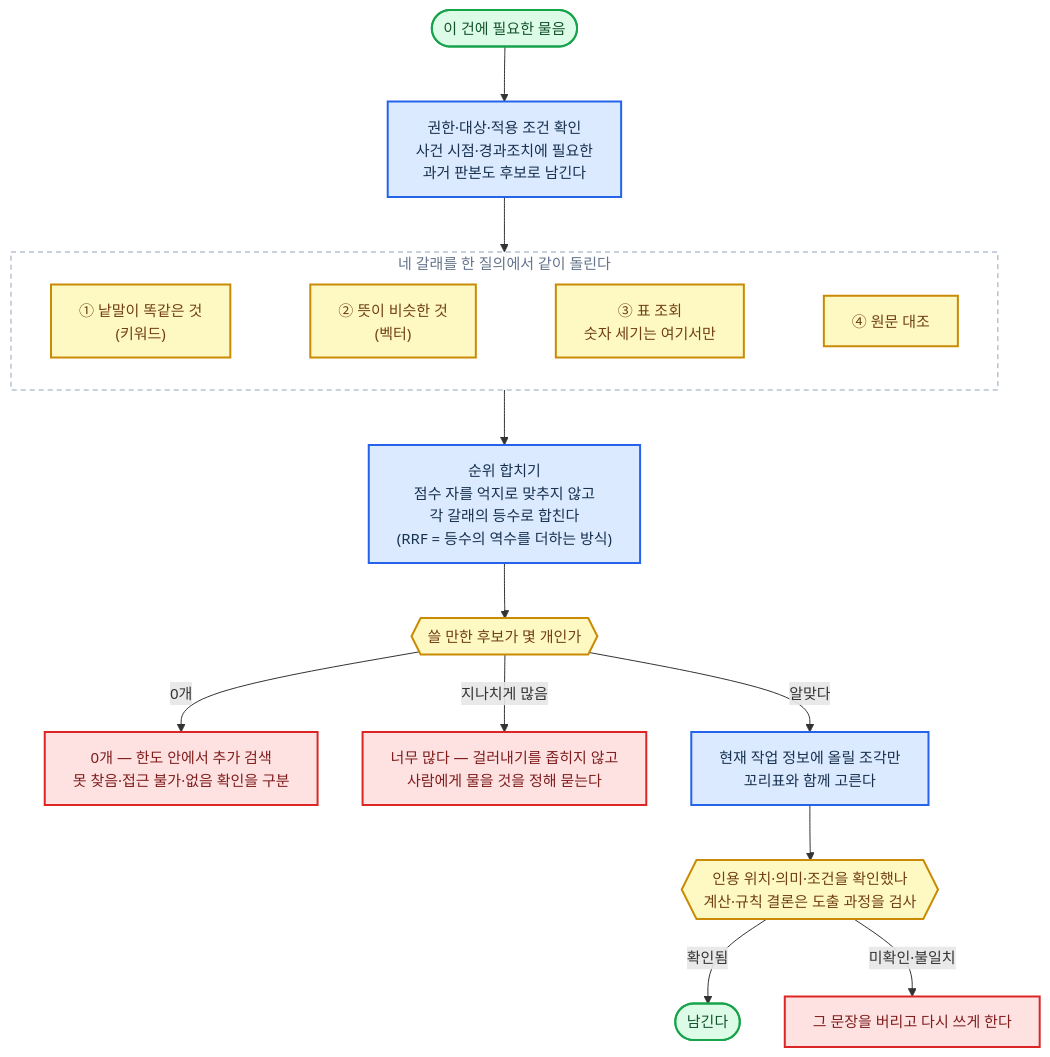
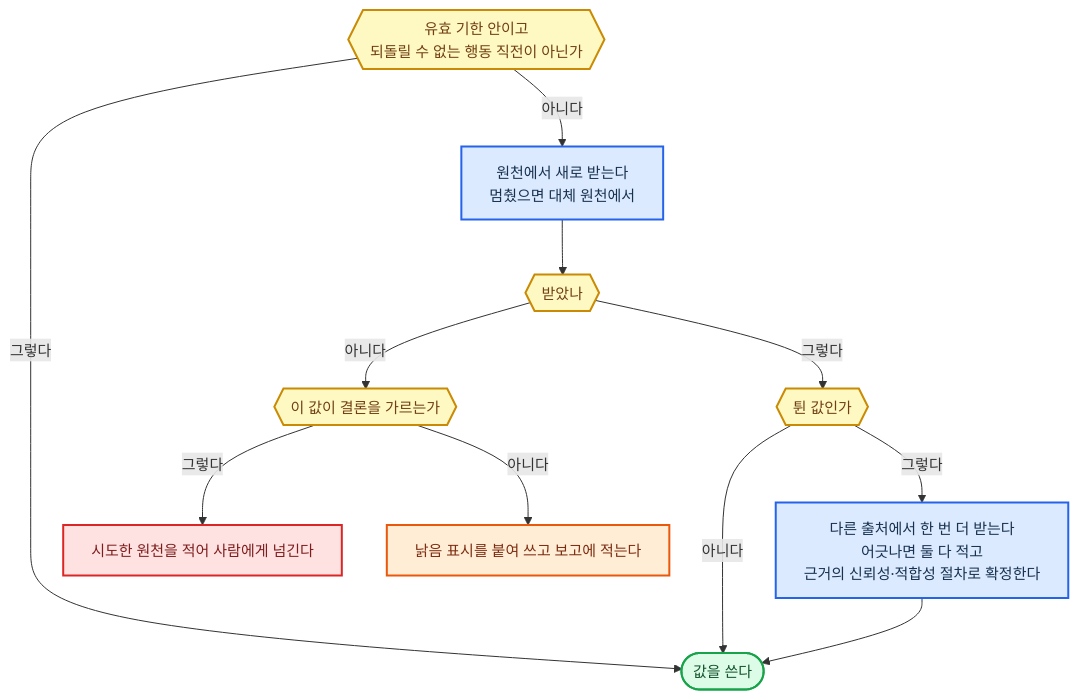
The seventh of 27 diagrams in 전문가 에이전트 정의 2.md (harisbaguette/expert), drawn with Mermaid before and after one commit. The commit also changed other lines of this file and 4 other files, not shown here.

````diff
--- a/전문가 에이전트 정의 2.md
+++ b/전문가 에이전트 정의 2.md
@@ -946,33 +1135,17 @@
 ```mermaid
 %%{init: {"flowchart": {"wrappingWidth": 640, "curve": "basis", "nodeSpacing": 45, "rankSpacing": 55, "padding": 14, "useMaxWidth": true}, "themeVariables": {"fontSize": "15px"}} }%%
 flowchart TB
-    Q(["이 건에 필요한 물음"]):::good
-    FILT["권한·대상·적용 조건 확인<br/>사건 시점·경과조치에 필요한<br/>과거 판본도 후보로 남긴다"]:::main
-    subgraph FOUR["네 갈래를 한 질의에서 같이 돌린다"]
-        direction LR
-        W["① 낱말이 똑같은 것<br/>(키워드)"]:::note
-        V["② 뜻이 비슷한 것<br/>(벡터)"]:::note
-        TB2["③ 표 조회<br/>숫자 세기는 여기서만"]:::note
-        O["④ 원문 대조"]:::note
-        W ~~~ V ~~~ TB2 ~~~ O
-    end
-    RRF["순위 합치기<br/>점수 자를 억지로 맞추지 않고<br/>각 갈래의 등수로 합친다<br/>(RRF = 등수의 역수를 더하는 방식)"]:::main
-    HOW{{"쓸 만한 후보가 몇 개인가"}}:::note
-    NONE["0개 — 한도 안에서 추가 검색<br/>못 찾음·접근 불가·없음 확인을 구분"]:::stop
-    MANY["너무 많다 — 걸러내기를 좁히지 않고<br/>사람에게 물을 것을 정해 묻는다"]:::stop
-    PICK["현재 작업 정보에 올릴 조각만<br/>꼬리표와 함께 고른다"]:::main
-    CITE{{"인용 위치·의미·조건을 확인했나<br/>계산·규칙 결론은 도출 과정을 검사"}}:::note
-    KEEP(["남긴다"]):::good
-    DROP["그 문장을 버리고 다시 쓰게 한다"]:::stop
-    Q --> FILT --> FOUR --> RRF --> HOW
-    HOW -- "0개" --> NONE
-    HOW -- "지나치게 많음" --> MANY
-    HOW -- "알맞다" --> PICK --> CITE
-    CITE -- "확인됨" --> KEEP
-    CITE -- "미확인·불일치" --> DROP
     classDef main fill:#dbeafe,stroke:#2563eb,stroke-width:2px,color:#17314f
     classDef stop fill:#fee2e2,stroke:#dc2626,stroke-width:2px,color:#7f1d1d
+    classDef back fill:#ffedd5,stroke:#ea580c,stroke-width:2px,color:#7c2d12
     classDef good fill:#dcfce7,stroke:#16a34a,stroke-width:2px,color:#14532d
     classDef note fill:#fef9c3,stroke:#ca8a04,stroke-width:2px,color:#713f12
-    style FOUR fill:none,stroke:#94a3b8,stroke-width:1px,stroke-dasharray:5 4,color:#64748b
+    F{{"유효 기한 안이고<br/>되돌릴 수 없는 행동 직전이 아닌가"}}:::note -- "그렇다" --> U(["값을 쓴다"]):::good
+    F -- "아니다" --> R["원천에서 새로 받는다<br/>멈췄으면 대체 원천에서"]:::main --> G{{"받았나"}}:::note
+    G -- "그렇다" --> J{{"튄 값인가"}}:::note
+    J -- "아니다" --> U
+    J -- "그렇다" --> T["다른 출처에서 한 번 더 받는다<br/>어긋나면 둘 다 적고<br/>근거의 신뢰성·적합성 절차로 확정한다"]:::main --> U
+    G -- "아니다" --> D{{"이 값이 결론을 가르는가"}}:::note
+    D -- "그렇다" --> H["시도한 원천을 적어 사람에게 넘긴다"]:::stop
+    D -- "아니다" --> S["낡음 표시를 붙여 쓰고 보고에 적는다"]:::back
 ```
````
